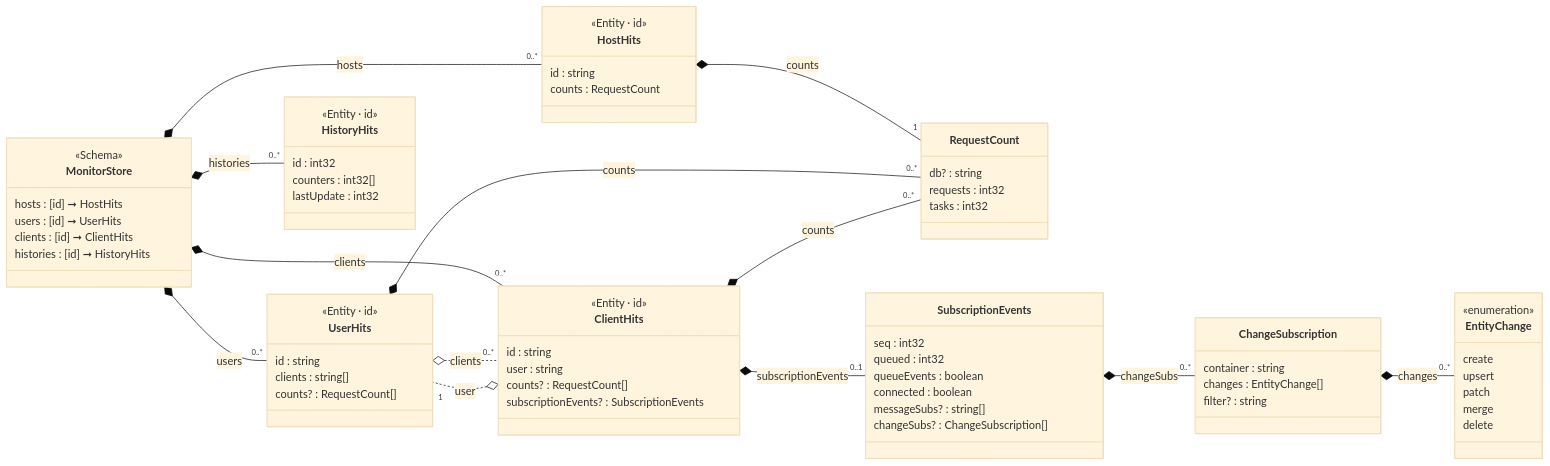
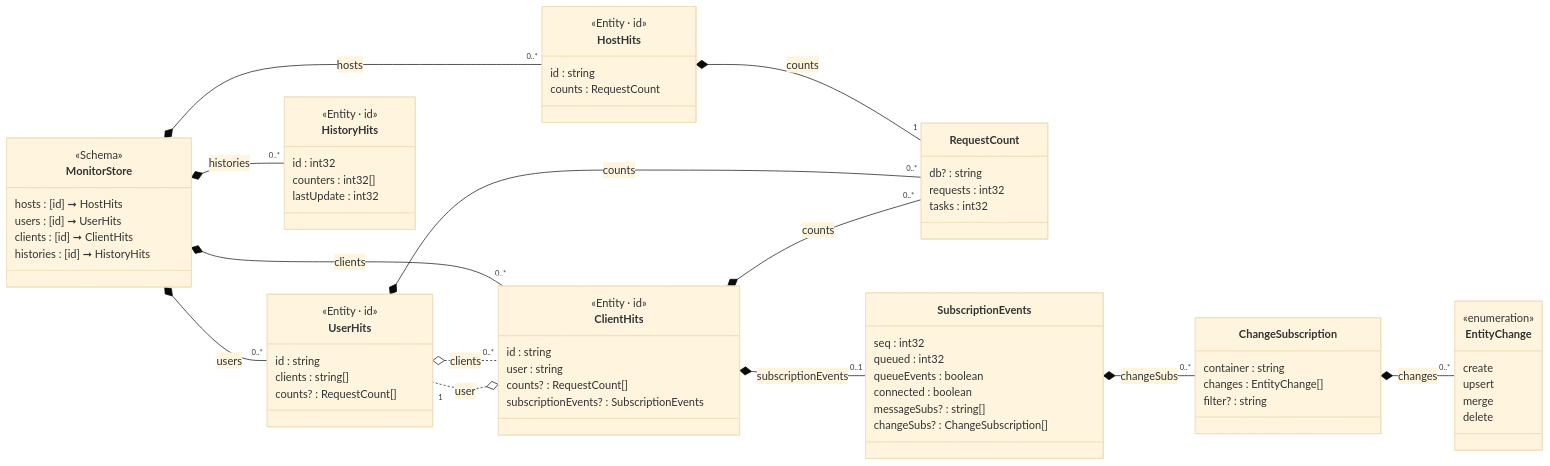
The diagram in Json.Tests/assets~/Schema/Markdown/MonitorStore/class-diagram.md (friflo/Friflo.Json.Fliox), drawn with Mermaid (base theme) before and after one commit. The commit also changed 68 other files, not shown here.

```diff
--- a/Json.Tests/assets~/Schema/Markdown/MonitorStore/class-diagram.md
+++ b/Json.Tests/assets~/Schema/Markdown/MonitorStore/class-diagram.md
@@ -78,7 +78,6 @@
     <<enumeration>>
     create
     upsert
-    patch
     merge
     delete
 }
```
